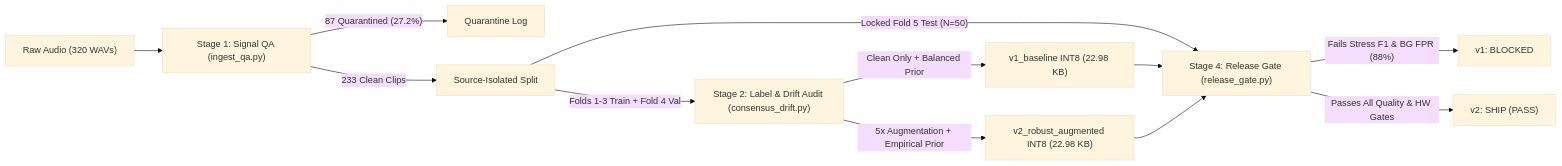
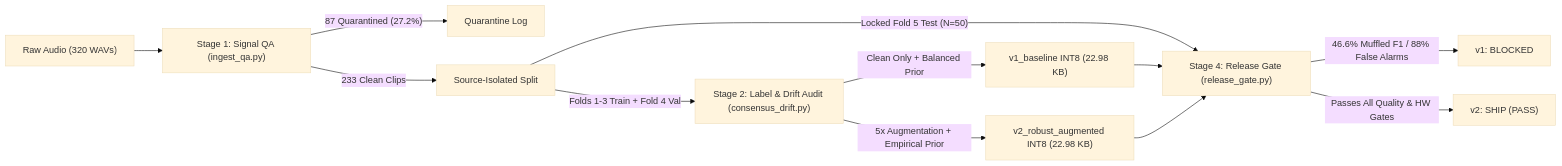
The first of 2 diagrams in README.md (coryjacoblewis/pixelsense-lite), drawn with Mermaid (base theme) before and after one commit. The commit also changed other lines of this file, not shown here.

````diff
--- a/README.md
+++ b/README.md
@@ -41,14 +41,14 @@
 ```mermaid
 flowchart LR
     A["Raw Audio (320 WAVs)"] --> B["Stage 1: Signal QA (ingest_qa.py)"]
     B -->|"87 Quarantined (27.2%)"| Q["Quarantine Log"]
     B -->|"233 Clean Clips"| S["Source-Isolated Split"]
     S -->|"Folds 1-3 Train + Fold 4 Val"| C["Stage 2: Label & Drift Audit (consensus_drift.py)"]
     C -->|"Clean Only + Balanced Prior"| V1["v1_baseline INT8 (22.98 KB)"]
     C -->|"5x Augmentation + Empirical Prior"| V2["v2_robust_augmented INT8 (22.98 KB)"]
     S -->|"Locked Fold 5 Test (N=50)"| G["Stage 4: Release Gate (release_gate.py)"]
     V1 --> G
     V2 --> G
-    G -->|"Fails Stress F1 & BG FPR (88%)"| R1["v1: BLOCKED"]
+    G -->|"46.6% Muffled F1 / 88% False Alarms"| R1["v1: BLOCKED"]
     G -->|"Passes All Quality & HW Gates"| R2["v2: SHIP (PASS)"]
 ```
````
